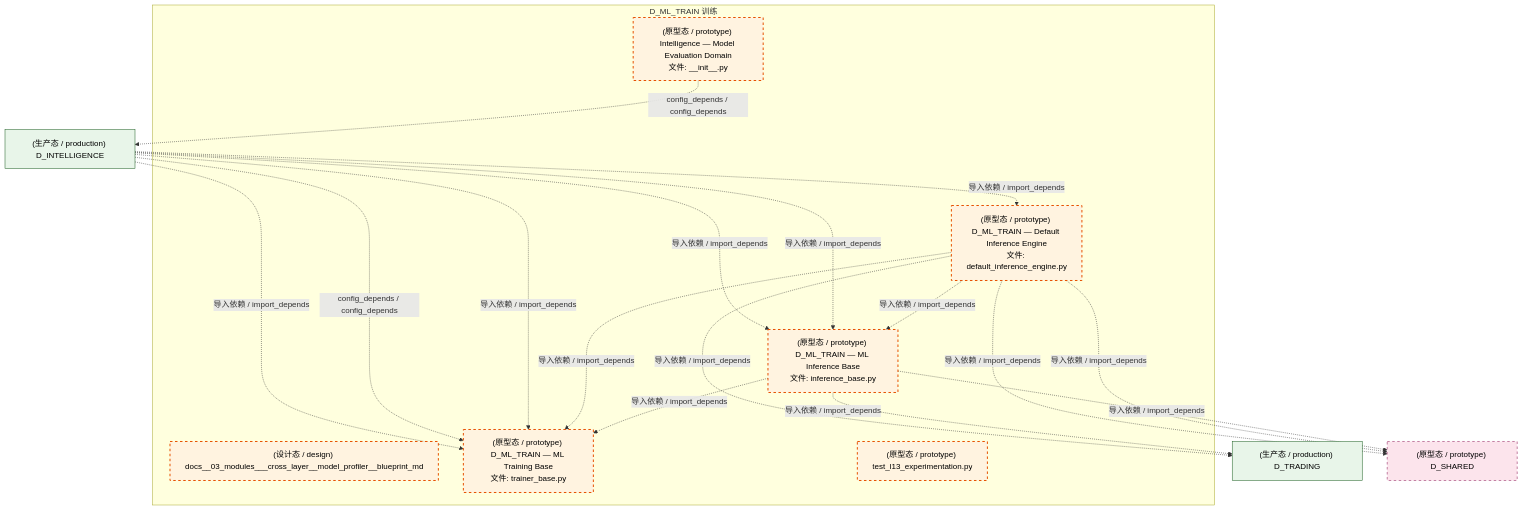
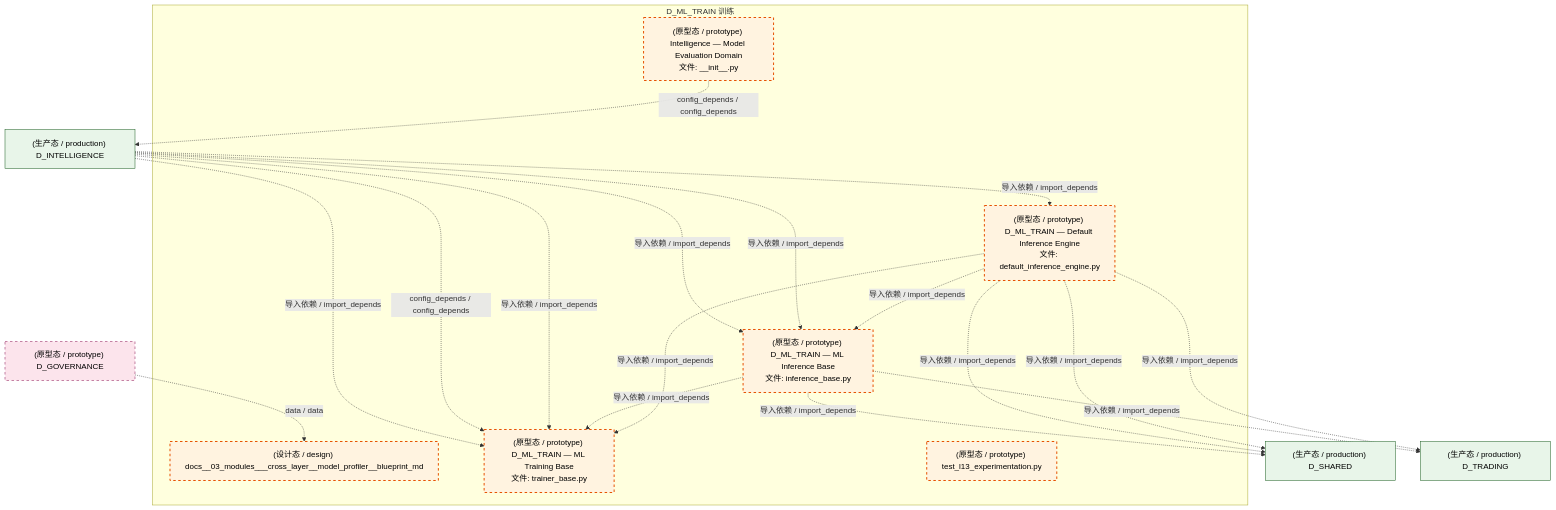
One commit to xuanFelixVan/ZephyrAlpha changed the first of 4 diagrams in docs/02_enterprise_architecture/02_domain_architecture_docs/50_d_ml_train.md. Above: the diagram before and after it, drawn with Mermaid. The commit also changed other lines of this file and 126 other files, not shown here.

````diff
--- a/docs/02_enterprise_architecture/02_domain_architecture_docs/50_d_ml_train.md
+++ b/docs/02_enterprise_architecture/02_domain_architecture_docs/50_d_ml_train.md
@@ -74,36 +74,38 @@
 ```mermaid
 graph TD
     subgraph D_ML_TRAIN["D_ML_TRAIN 训练"]
         docs_03_modules_cross_layer_model_profiler_blueprint_md["(设计态 / design) docs__03_modules___cross_layer__model_profiler__blueprint_md"]
         src_zephyr_intelligence_model_evaluation_init_py["(原型态 / prototype) Intelligence — Model Evaluation Domain<br/>文件: __init__.py"]
         src_zephyr_ml_train_implementations_default_inference_engine_py["(原型态 / prototype) D_ML_TRAIN — Default Inference Engine<br/>文件: default_inference_engine.py"]
         src_zephyr_ml_train_inference_base_py["(原型态 / prototype) D_ML_TRAIN — ML Inference Base<br/>文件: inference_base.py"]
         src_zephyr_ml_train_trainer_base_py["(原型态 / prototype) D_ML_TRAIN — ML Training Base<br/>文件: trainer_base.py"]
         tests_ml_experiment_test_l13_experimentation_py["(原型态 / prototype) test_l13_experimentation.py"]
     end
-    src_zephyr_ml_train_inference_base_py -.->|导入依赖 / import_depends| src_zephyr_ml_train_trainer_base_py
     src_zephyr_ml_train_implementations_default_inference_engine_py -.->|导入依赖 / import_depends| src_zephyr_ml_train_trainer_base_py
     src_zephyr_ml_train_implementations_default_inference_engine_py -.->|导入依赖 / import_depends| src_zephyr_ml_train_inference_base_py
+    src_zephyr_ml_train_inference_base_py -.->|导入依赖 / import_depends| src_zephyr_ml_train_trainer_base_py
     D_INTELLIGENCE["(生产态 / production) D_INTELLIGENCE"]
     src_zephyr_intelligence_model_evaluation_init_py -.->|config_depends / config_depends| D_INTELLIGENCE
+    D_SHARED["(生产态 / production) D_SHARED"]
+    src_zephyr_ml_train_implementations_default_inference_engine_py -.->|导入依赖 / import_depends| D_SHARED
     D_TRADING["(生产态 / production) D_TRADING"]
-    src_zephyr_ml_train_inference_base_py -.->|导入依赖 / import_depends| D_TRADING
-    D_SHARED["(原型态 / prototype) D_SHARED"]
-    src_zephyr_ml_train_inference_base_py -.->|导入依赖 / import_depends| D_SHARED
-    src_zephyr_ml_train_implementations_default_inference_engine_py -.->|导入依赖 / import_depends| D_SHARED
     src_zephyr_ml_train_implementations_default_inference_engine_py -.->|导入依赖 / import_depends| D_TRADING
     src_zephyr_ml_train_implementations_default_inference_engine_py -.->|导入依赖 / import_depends| D_SHARED
+    src_zephyr_ml_train_inference_base_py -.->|导入依赖 / import_depends| D_TRADING
+    src_zephyr_ml_train_inference_base_py -.->|导入依赖 / import_depends| D_SHARED
     D_INTELLIGENCE -.->|导入依赖 / import_depends| src_zephyr_ml_train_inference_base_py
     D_INTELLIGENCE -.->|导入依赖 / import_depends| src_zephyr_ml_train_implementations_default_inference_engine_py
     D_INTELLIGENCE -.->|导入依赖 / import_depends| src_zephyr_ml_train_trainer_base_py
     D_INTELLIGENCE -.->|config_depends / config_depends| src_zephyr_ml_train_trainer_base_py
     D_INTELLIGENCE -.->|导入依赖 / import_depends| src_zephyr_ml_train_inference_base_py
     D_INTELLIGENCE -.->|导入依赖 / import_depends| src_zephyr_ml_train_trainer_base_py
+    D_GOVERNANCE["(原型态 / prototype) D_GOVERNANCE"]
+    D_GOVERNANCE -.->|data / data| docs_03_modules_cross_layer_model_profiler_blueprint_md
     classDef production fill:#e1f5fe,stroke:#01579b,stroke-width:2px,color:#000
     classDef design fill:#fff3e0,stroke:#e65100,stroke-width:2px,color:#000,stroke-dasharray: 5 5
     classDef external_prod fill:#e8f5e9,stroke:#1b5e20,stroke-width:1px,color:#000
     classDef external_design fill:#fce4ec,stroke:#880e4f,stroke-width:1px,color:#000,stroke-dasharray: 5 5
     class docs_03_modules_cross_layer_model_profiler_blueprint_md,src_zephyr_intelligence_model_evaluation_init_py,src_zephyr_ml_train_implementations_default_inference_engine_py,src_zephyr_ml_train_inference_base_py,src_zephyr_ml_train_trainer_base_py,tests_ml_experiment_test_l13_experimentation_py design
-    class D_INTELLIGENCE,D_TRADING external_prod
-    class D_SHARED external_design
+    class D_INTELLIGENCE,D_SHARED,D_TRADING external_prod
+    class D_GOVERNANCE external_design
 ```
````
